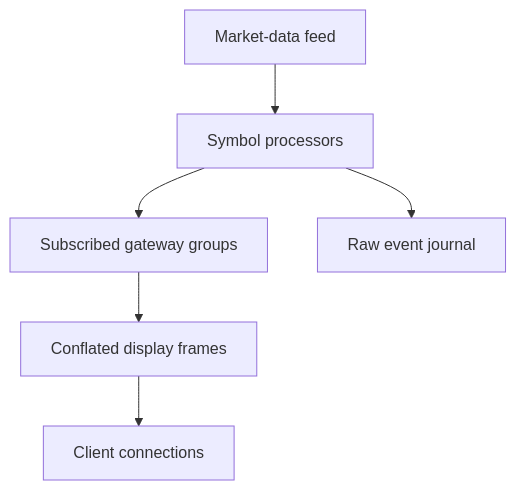
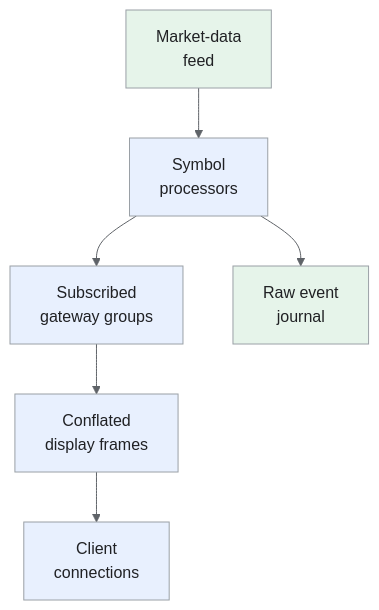
One commit to iliazlobin/iliazlobin.github.io changed the fourth of 5 diagrams in _designs/system-design-stock-trading-platform.md. Above: the diagram before and after it, drawn with Mermaid. The commit also changed other lines of this file and 131 other files, not shown here.

````diff
--- a/_designs/system-design-stock-trading-platform.md
+++ b/_designs/system-design-stock-trading-platform.md
@@ -227,8 +328,15 @@
 ```mermaid
+%%{init: {"theme":"base","themeVariables":{"primaryColor":"#e8f0fe","primaryBorderColor":"#9aa0a6","primaryTextColor":"#202124","secondaryColor":"#e6f4ea","tertiaryColor":"#fef7e0","lineColor":"#5f6368","actorBkg":"#e8f0fe","actorBorder":"#9aa0a6","actorTextColor":"#202124","noteBkgColor":"#fef7e0","noteBorderColor":"#9aa0a6","noteTextColor":"#202124","signalColor":"#5f6368","signalTextColor":"#202124"}}}%%
 flowchart TB
-  M["Market-data feed"] --> S["Symbol processors"]
-  S --> G["Subscribed gateway groups"]
-  G --> C["Conflated display frames"]
-  C --> U["Client connections"]
-  S --> J["Raw event journal"]
+  M["Market-data<br>feed"] --> S["Symbol<br>processors"]
+  S --> G["Subscribed<br>gateway groups"]
+  G --> C["Conflated<br>display frames"]
+  C --> U["Client<br>connections"]
+  S --> J["Raw event<br>journal"]
+classDef request fill:#e8f0fe,stroke:#9aa0a6,color:#202124;
+classDef data fill:#e6f4ea,stroke:#9aa0a6,color:#202124;
+classDef control fill:#fef7e0,stroke:#9aa0a6,color:#202124;
+class S,G,C,U request;
+class M,J data;
+
 ```
````
